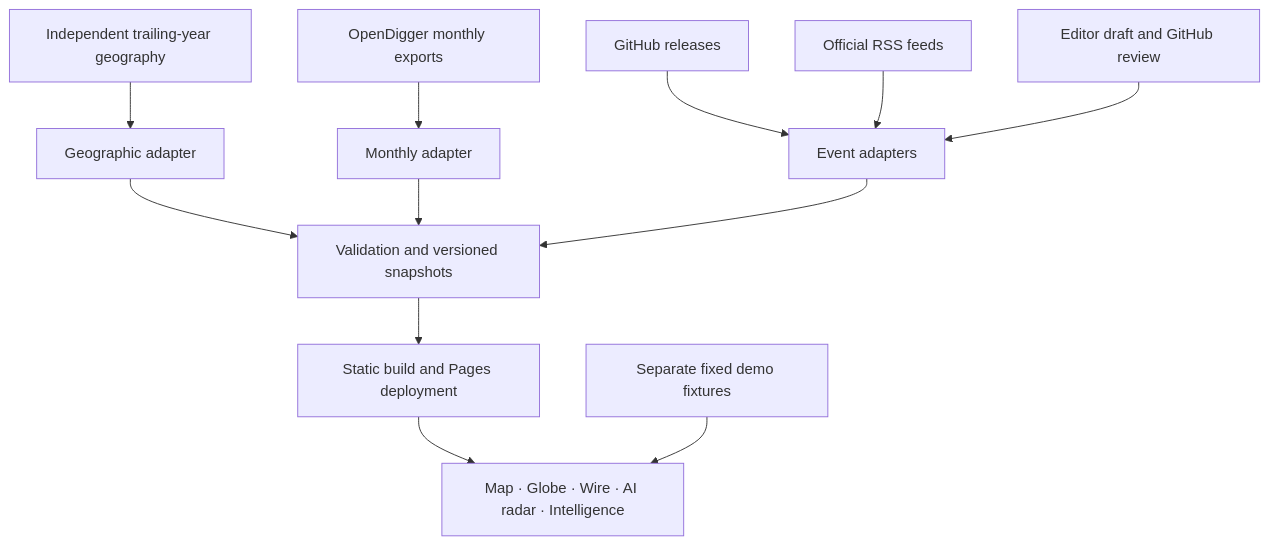
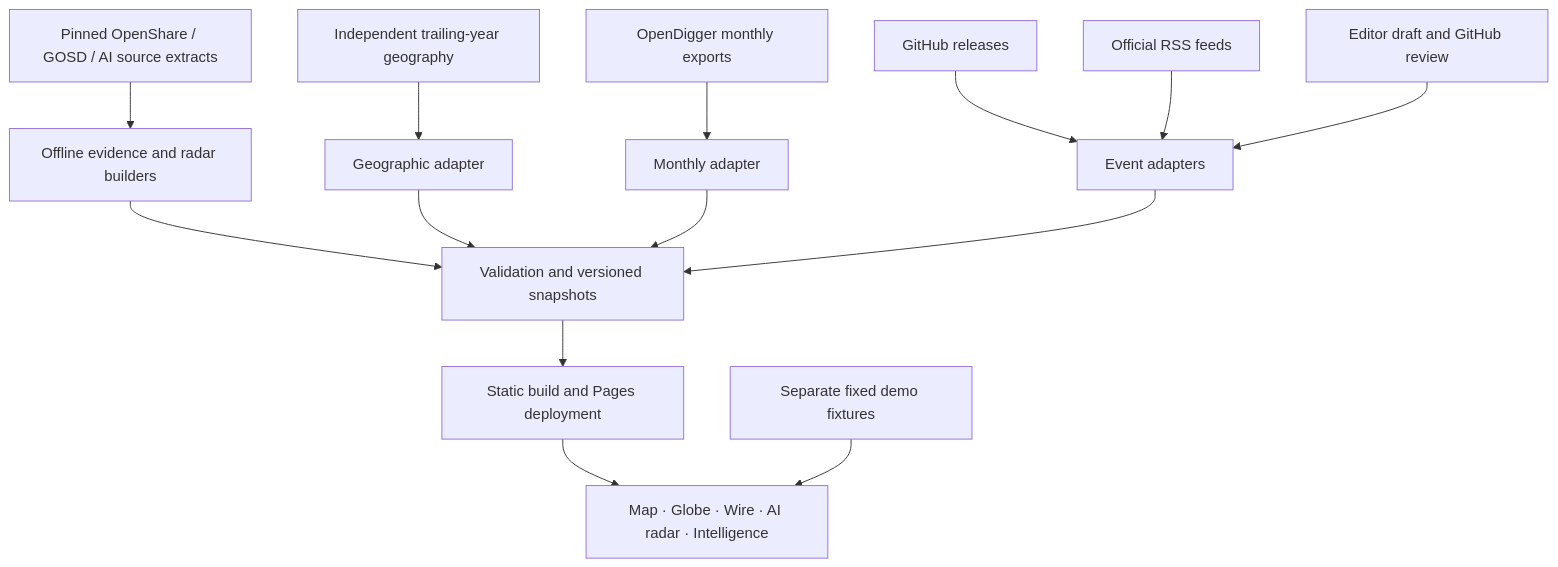
One commit to X-lab2017/open-dipper changed the diagram in docs/ARCHITECTURE.md. Above: the diagram before and after it, drawn with Mermaid. The commit also changed other lines of this file and 51 other files, not shown here.

````diff
--- a/docs/ARCHITECTURE.md
+++ b/docs/ARCHITECTURE.md
@@ -23,14 +24,16 @@
 ```mermaid
 flowchart TD
   OD[OpenDigger monthly exports] --> MA[Monthly adapter]
   GH[GitHub releases] --> EI[Event adapters]
   RSS[Official RSS feeds] --> EI
   ED[Editor draft and GitHub review] --> EI
   GEO[Independent trailing-year geography] --> GA[Geographic adapter]
+  REF["Pinned OpenShare / GOSD / AI source extracts"] --> OFF["Offline evidence and radar builders"]
+  OFF --> VA
   GA --> VA[Validation and versioned snapshots]
   MA --> VA
   EI --> VA
   VA --> BUILD[Static build and Pages deployment]
   BUILD --> UI[Map · Globe · Wire · AI radar · Intelligence]
   DEMO[Separate fixed demo fixtures] --> UI
 ```
````
